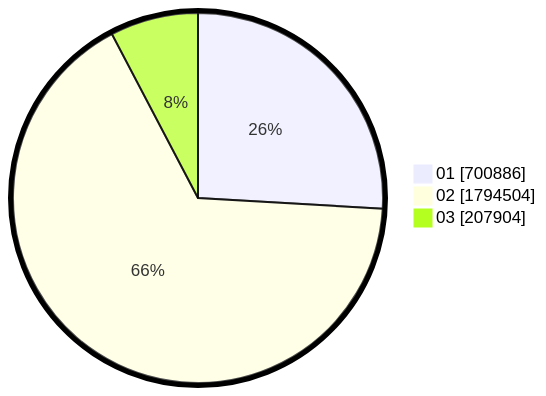
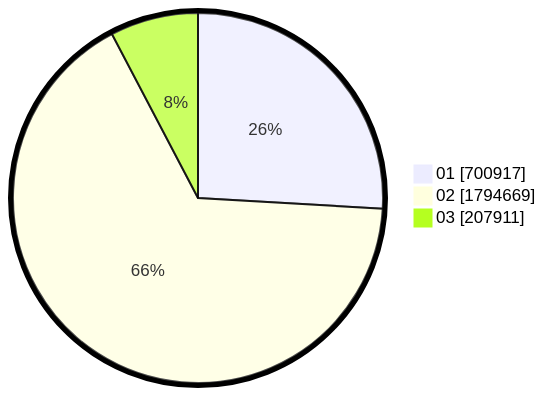
One commit to gigit-pemilu/pemilu-2024 changed the second of 2 diagrams in pilpres/hitung-suara/sub/table-wilayah-52.md. Above: the diagram before and after it, drawn with Mermaid. The commit also changed other lines of this file and 7 other files, not shown here.

````diff
--- a/pilpres/hitung-suara/sub/table-wilayah-52.md
+++ b/pilpres/hitung-suara/sub/table-wilayah-52.md
@@ -15,7 +15,7 @@
 ```mermaid
 %%{init: {"pie": {"textPosition": 0.5}, "themeVariables": {"pieOuterStrokeWidth": "5px"}} }%%
 pie showData
-    "01" : 700886
-    "02" : 1794504
-    "03" : 207904
+    "01" : 700917
+    "02" : 1794669
+    "03" : 207911
 ```
````
